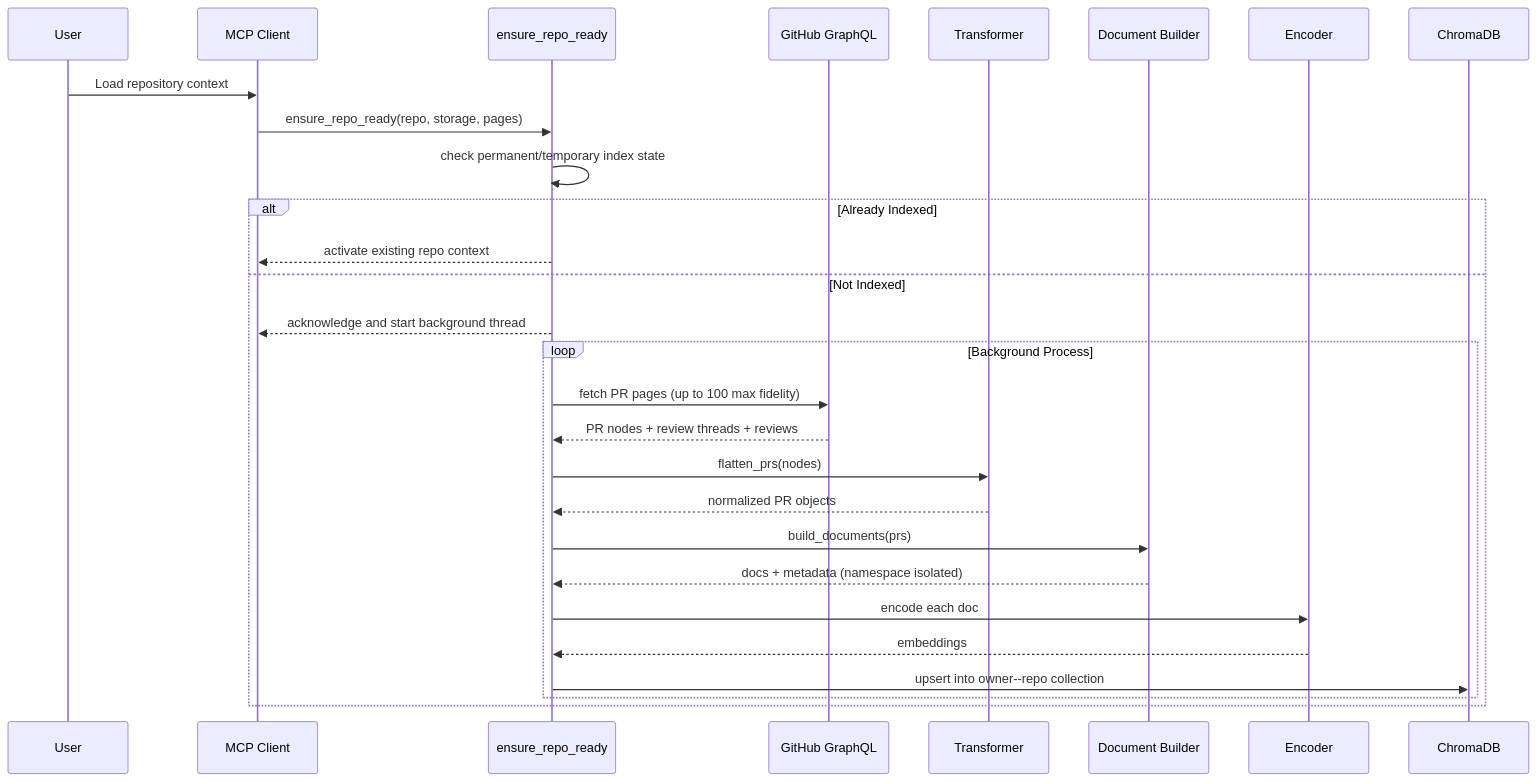
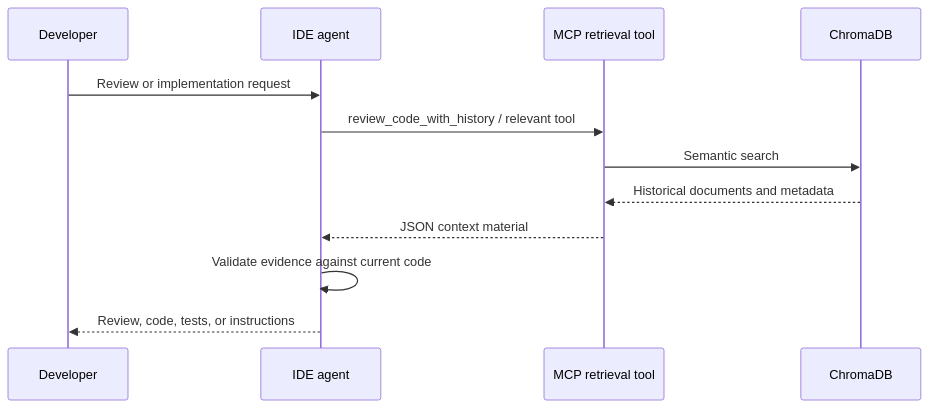
The second of 2 diagrams in docs/pipeline.md (paarths-collab/github-pr-context-mcp), drawn with Mermaid before and after one commit. The commit also changed other lines of this file and 67 other files, not shown here.

Commit message:
feat: harden v3 PR context retrieval

````diff
--- a/docs/pipeline.md
+++ b/docs/pipeline.md
@@ -51,31 +34,15 @@
 ```mermaid
 sequenceDiagram
-    participant U as User
-    participant C as MCP Client
-    participant S as ensure_repo_ready
-    participant G as GitHub GraphQL
-    participant T as Transformer
-    participant B as Document Builder
-    participant E as Encoder
-    participant D as ChromaDB
+    participant U as Developer
+    participant A as IDE agent
+    participant S as MCP retrieval tool
+    participant C as ChromaDB
 
-    U->>C: Load repository context
-    C->>S: ensure_repo_ready(repo, storage, pages)
-    S->>S: check permanent/temporary index state
-    alt Already Indexed
-        S-->>C: activate existing repo context
-    else Not Indexed
-        S-->>C: acknowledge and start background thread
-        loop Background Process
-            S->>G: fetch PR pages (up to 100 max fidelity)
-            G-->>S: PR nodes + review threads + reviews
-            S->>T: flatten_prs(nodes)
-            T-->>S: normalized PR objects
-            S->>B: build_documents(prs)
-            B-->>S: docs + metadata (namespace isolated)
-            S->>E: encode each doc
-            E-->>S: embeddings
-            S->>D: upsert into owner--repo collection
-        end
-    end
+    U->>A: Review or implementation request
+    A->>S: review_code_with_history / relevant tool
+    S->>C: Semantic search
+    C-->>S: Historical documents and metadata
+    S-->>A: JSON context material
+    A->>A: Validate evidence against current code
+    A-->>U: Review, code, tests, or instructions
 ```
````
